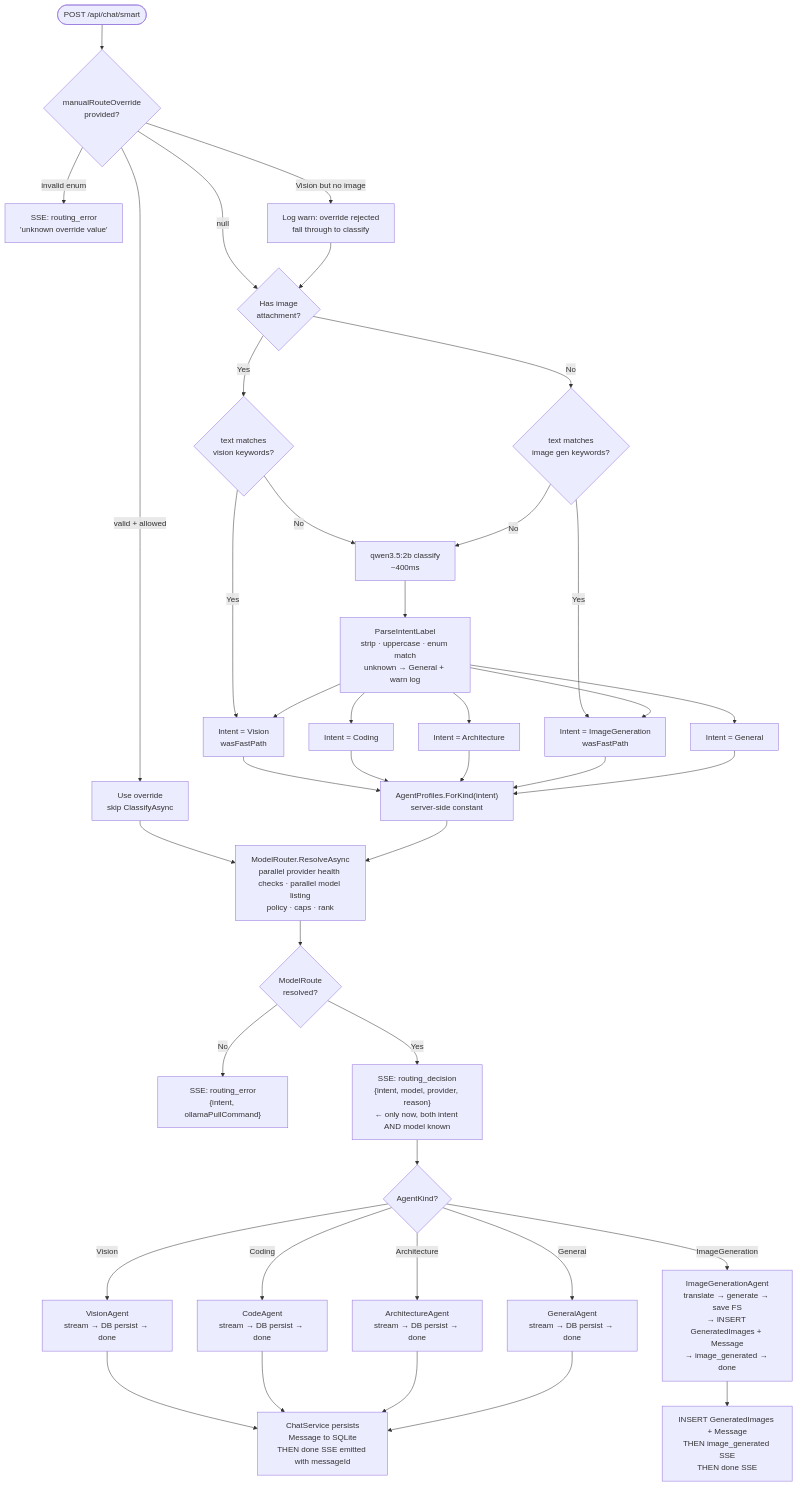
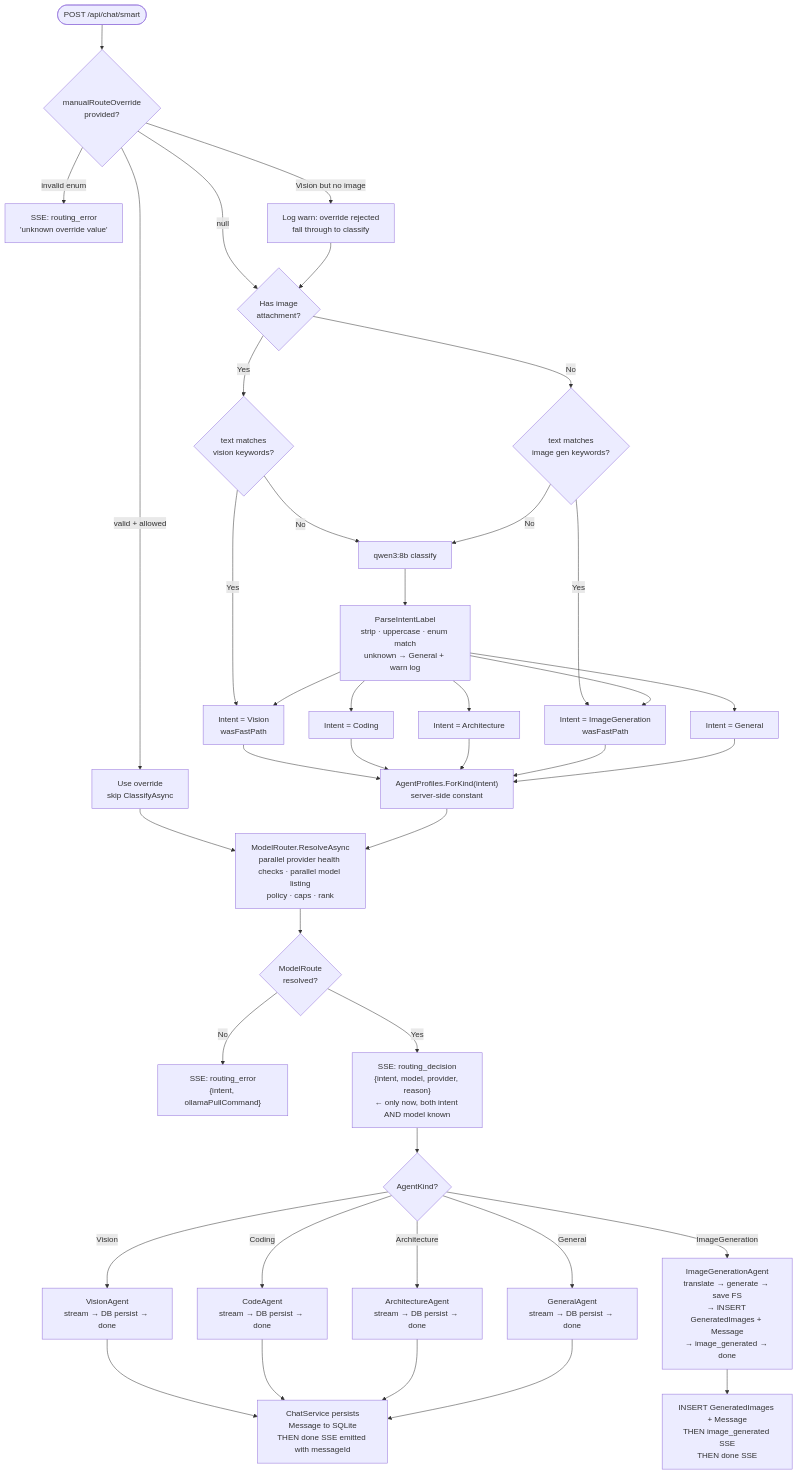
One commit to ekanatha-urivakili/EminentAiAgent changed diagram 18 of 19 in docs/AGENT_2_AGENT_ARCHITECTURE.md. Above: the diagram before and after it, drawn with Mermaid. The commit also changed other lines of this file and 45 other files, not shown here.

````diff
--- a/docs/AGENT_2_AGENT_ARCHITECTURE.md
+++ b/docs/AGENT_2_AGENT_ARCHITECTURE.md
@@ -1289,47 +1302,47 @@
 ```mermaid
 flowchart TD
     Start(["POST /api/chat/smart"])
 
     Start --> ParseOverride{"manualRouteOverride\nprovided?"}
 
     ParseOverride -->|"invalid enum"| ErrOverride["SSE: routing_error\n'unknown override value'"]
     ParseOverride -->|"Vision but no image"| WarnOverride["Log warn: override rejected\nfall through to classify"]
     ParseOverride -->|"valid + allowed"| SkipClassify["Use override\nskip ClassifyAsync"]
     ParseOverride -->|"null"| HasImg
 
     WarnOverride --> HasImg{Has image\nattachment?}
     SkipClassify --> ResolveModel
 
     HasImg -->|"Yes"| FastV{"text matches\nvision keywords?"}
     HasImg -->|"No"| FastIG{"text matches\nimage gen keywords?"}
 
     FastV -->|"Yes"| KVision["Intent = Vision\nwasFastPath"]
-    FastV -->|"No"| LlmClassify["qwen3.5:2b classify\n~400ms"]
+    FastV -->|"No"| LlmClassify["qwen3:8b classify"]
 
     FastIG -->|"Yes"| KImgGen["Intent = ImageGeneration\nwasFastPath"]
     FastIG -->|"No"| LlmClassify
 
     LlmClassify --> DefParse["ParseIntentLabel\nstrip · uppercase · enum match\nunknown → General + warn log"]
     DefParse --> KVision & KCoding["Intent = Coding"] & KArch["Intent = Architecture"] & KImgGen & KGeneral["Intent = General"]
 
     KVision & KCoding & KArch & KImgGen & KGeneral --> AgentProfile["AgentProfiles.ForKind(intent)\nserver-side constant"]
     
     AgentProfile --> ResolveModel["ModelRouter.ResolveAsync\nparallel provider health checks · parallel model listing\npolicy · caps · rank"]
 
     ResolveModel --> NoModel{"ModelRoute\nresolved?"}
     NoModel -->|"No"| ErrModel["SSE: routing_error\n{intent, ollamaPullCommand}"]
 
     NoModel -->|"Yes"| EmitRouting["SSE: routing_decision\n{intent, model, provider, reason}\n← only now, both intent AND model known"]
 
     EmitRouting --> DispatchAgent{AgentKind?}
 
     DispatchAgent -->|"Vision"| AgentV["VisionAgent\nstream → DB persist → done"]
     DispatchAgent -->|"Coding"| AgentC["CodeAgent\nstream → DB persist → done"]
     DispatchAgent -->|"Architecture"| AgentA["ArchitectureAgent\nstream → DB persist → done"]
     DispatchAgent -->|"General"| AgentG["GeneralAgent\nstream → DB persist → done"]
     DispatchAgent -->|"ImageGeneration"| AgentI["ImageGenerationAgent\ntranslate → generate → save FS\n→ INSERT GeneratedImages + Message\n→ image_generated → done"]
 
     AgentV & AgentC & AgentA & AgentG --> PersistRule["ChatService persists\nMessage to SQLite\nTHEN done SSE emitted with messageId"]
 
     AgentI --> PersistImg["INSERT GeneratedImages + Message\nTHEN image_generated SSE\nTHEN done SSE"]
 ```
````
